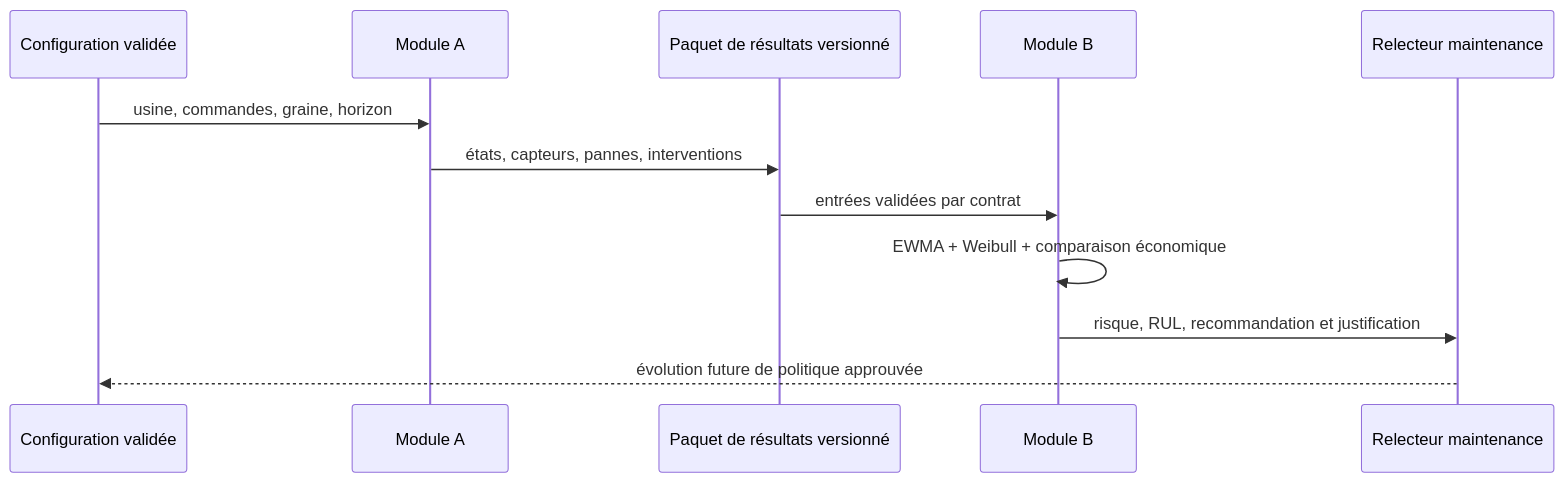
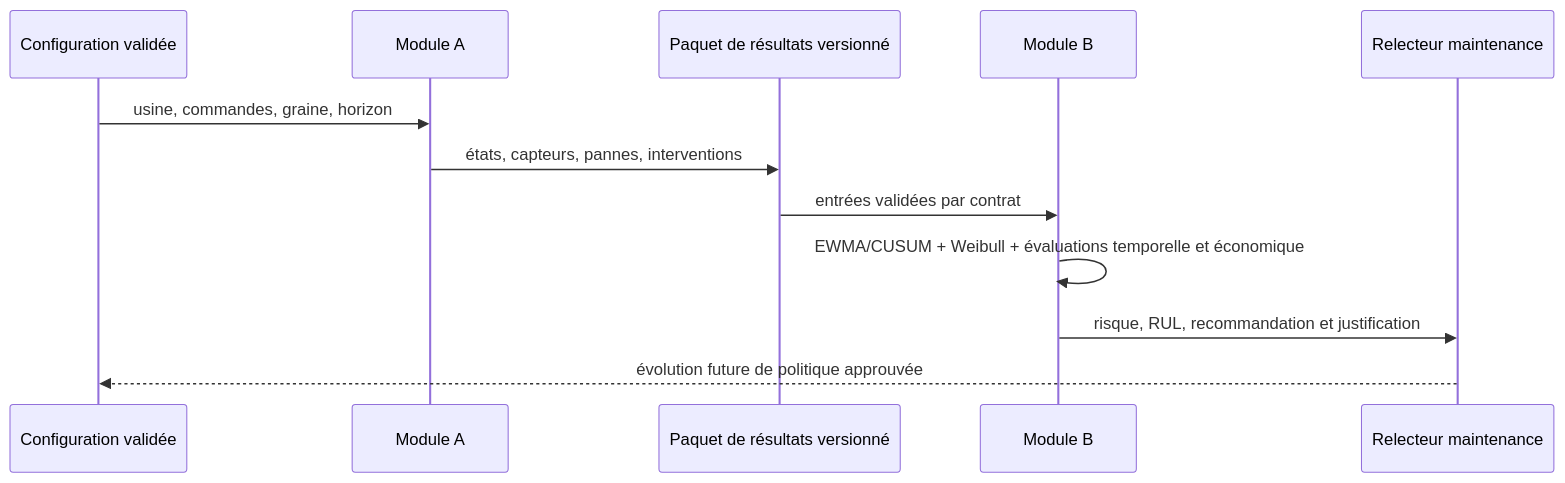
Before and after one commit to Mariusppgn/Digital-Tween-4.0-Industry-: the first of 2 diagrams in docs/modules_a_b_FR.md, drawn with Mermaid. The commit also changed other lines of this file and 64 other files, not shown here.

````diff
--- a/docs/modules_a_b_FR.md
+++ b/docs/modules_a_b_FR.md
@@ -111,14 +150,14 @@
 ```mermaid
 sequenceDiagram
     participant Config as Configuration validée
     participant A as Module A
     participant Store as Paquet de résultats versionné
     participant B as Module B
     participant Human as Relecteur maintenance
     Config->>A: usine, commandes, graine, horizon
     A->>Store: états, capteurs, pannes, interventions
     Store->>B: entrées validées par contrat
-    B->>B: EWMA + Weibull + comparaison économique
+    B->>B: EWMA/CUSUM + Weibull + évaluations temporelle et économique
     B->>Human: risque, RUL, recommandation et justification
     Human-->>Config: évolution future de politique approuvée
 ```
````
